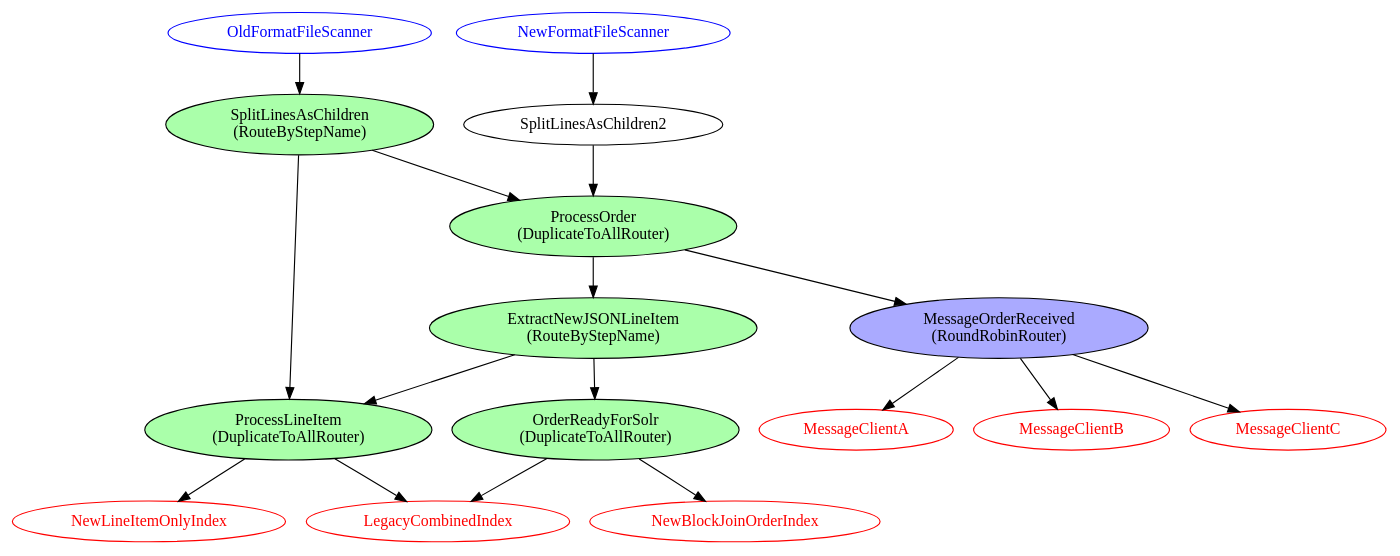
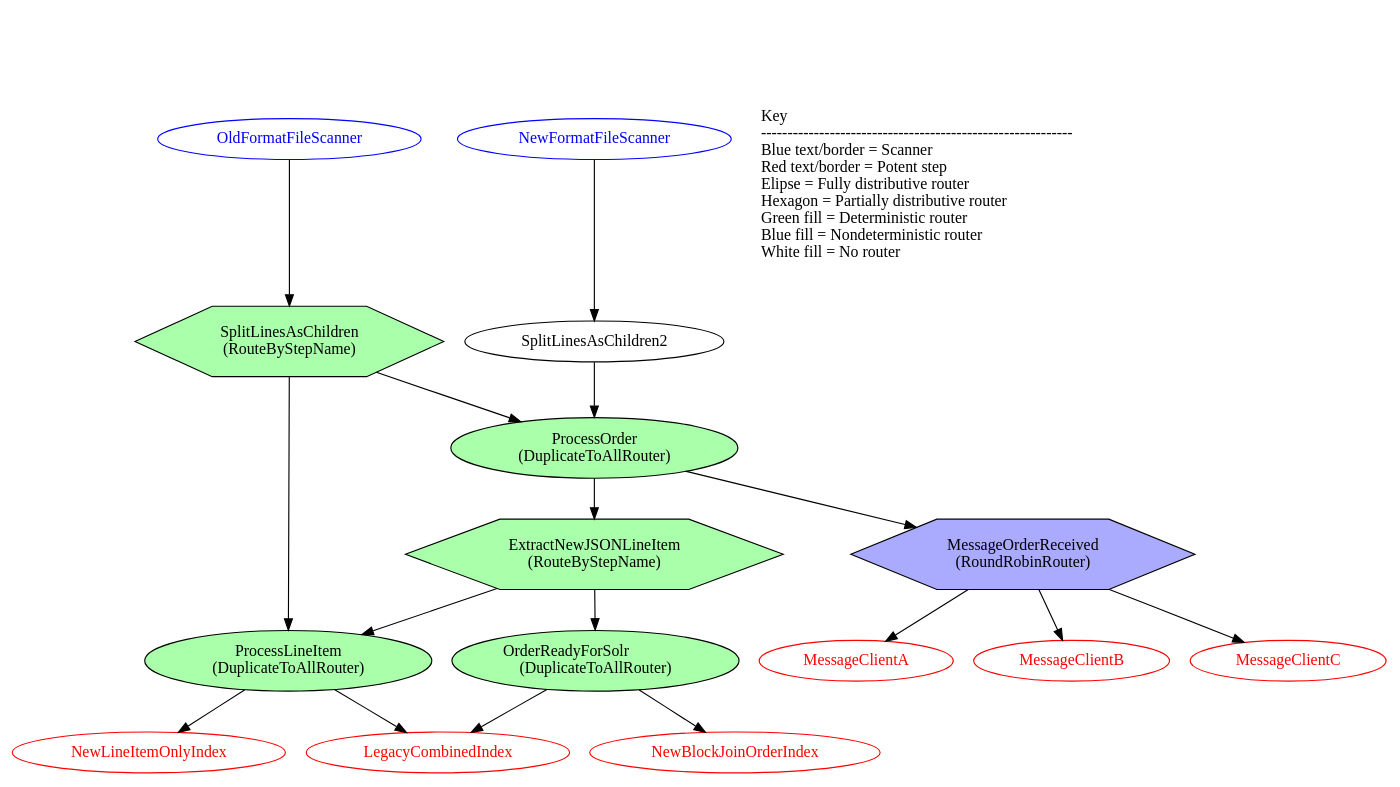
One commit to nsoft/jesterj changed the diagram in code/examples/routing/src/main/graphviz/complex-routing.dot. Above: the diagram before and after it, drawn with Graphviz. The commit also changed 1 other file, not shown here.

```diff
--- a/code/examples/routing/src/main/graphviz/complex-routing.dot
+++ b/code/examples/routing/src/main/graphviz/complex-routing.dot
@@ -1,38 +1,40 @@
 digraph G {
     OldFormatFileScanner [color = "blue" fontcolor = blue]
     NewFormatFileScanner [color = "blue" fontcolor = blue]
-    SplitLineAsChildren [label = "SplitLinesAsChildren\n(RouteByStepName)" style = "filled" fillcolor = "#aaFFaa"]
+    SplitLineAsChildren [label = "SplitLinesAsChildren\n(RouteByStepName)" style = "filled" fillcolor = "#aaFFaa" shape="hexagon"]
     SplitLineAsChildren2 [label = "SplitLinesAsChildren2"]
     ProcessLineItem [label = "ProcessLineItem\n(DuplicateToAllRouter)" style = "filled" fillcolor = "#aaFFaa"]
     ProcessOrder [label = "ProcessOrder\n(DuplicateToAllRouter)" style = "filled" fillcolor = "#aaFFaa"]
-    MoreOrder [label = "ExtractNewJSONLineItem\n(RouteByStepName)" style = "filled" fillcolor = "#aaFFaa"]
-    MessageB [label = "MessageOrderReceived\n(RoundRobinRouter)" style = "filled" fillcolor = "#aaaaff"]
+    MoreOrder [label = "ExtractNewJSONLineItem\n(RouteByStepName)" style = "filled" fillcolor = "#aaFFaa" shape="hexagon"]
+    MessageB [label = "MessageOrderReceived\n(RoundRobinRouter)" style = "filled" fillcolor = "#aaaaff" shape="hexagon"]
     MessageClientA [color = red fontcolor = red]
     MessageClientB [color = red fontcolor = red]
     MessageClientC [color = red fontcolor = red]
-    OrderReadyForSolr [label="OrderReadyForSolr\n(DuplicateToAllRouter)" style = "filled" fillcolor = "#aaFFaa"]
+    OrderReadyForSolr [label="OrderReadyForSolr\l(DuplicateToAllRouter)" style = "filled" fillcolor = "#aaFFaa"]
     LineItemIndex [label="NewLineItemOnlyIndex" color = red fontcolor = red]
     OrderIndex [label="NewBlockJoinOrderIndex" color = red fontcolor = red]
     CombinedIndex [ label="LegacyCombinedIndex" color = red fontcolor = red]
 
 
     OldFormatFileScanner -> SplitLineAsChildren
     NewFormatFileScanner -> SplitLineAsChildren2
     SplitLineAsChildren -> ProcessLineItem
     SplitLineAsChildren -> ProcessOrder
     SplitLineAsChildren2 -> ProcessOrder
     MoreOrder -> ProcessLineItem
 
     ProcessOrder -> MoreOrder
     MoreOrder -> OrderReadyForSolr
 
 
     OrderReadyForSolr -> CombinedIndex
     OrderReadyForSolr -> OrderIndex
     ProcessOrder -> MessageB
     ProcessLineItem -> LineItemIndex
     ProcessLineItem -> CombinedIndex
     MessageB -> MessageClientA
     MessageB -> MessageClientB
     MessageB -> MessageClientC
+    key[shape=none label="\l\l\l\l\lKey\l-----------------------------------------------------------  \lBlue text/border = Scanner \lRed text/border = Potent step\l Elipse = Fully distributive router\lHexagon = Partially distributive router\lGreen fill = Deterministic router\l Blue fill = Nondeterministic router\lWhite fill = No router\l" ]
+
 }
```
